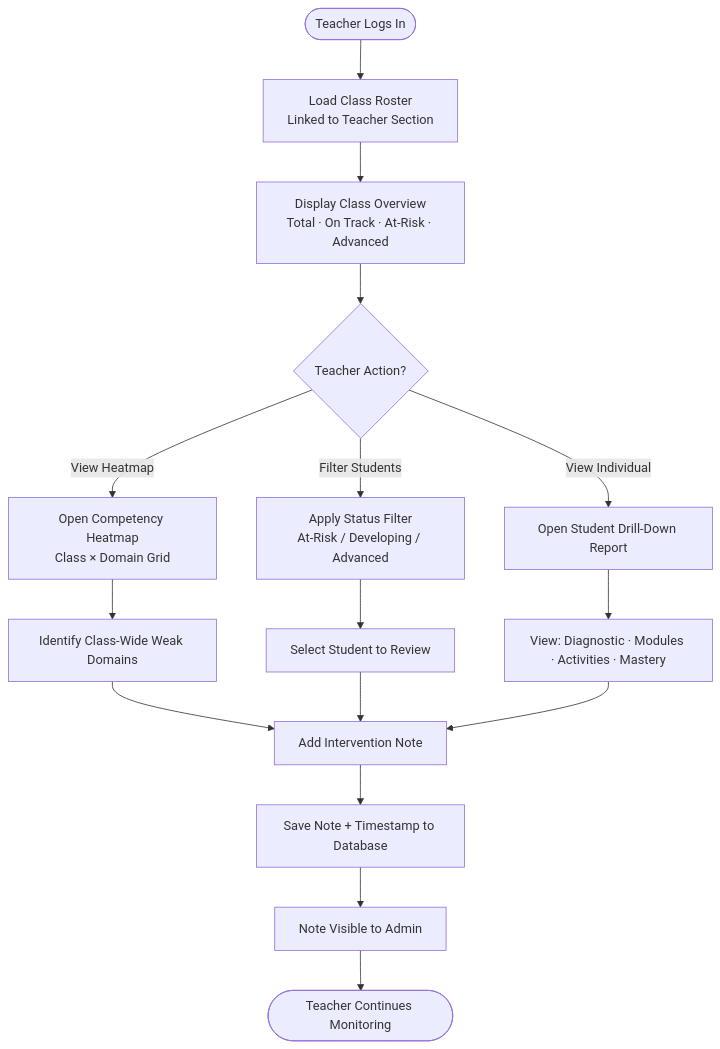
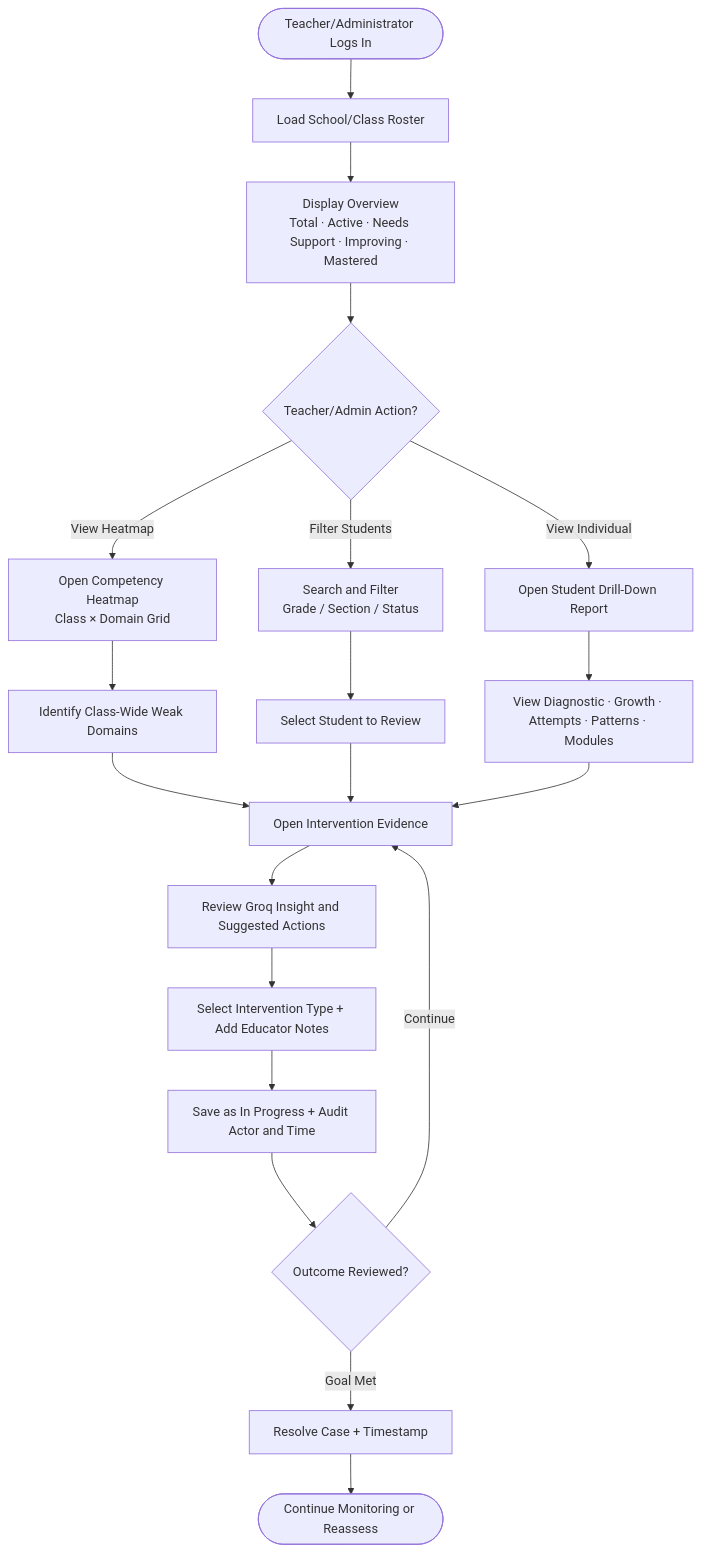
The eighth of 12 diagrams in docs/DIAGRAMS.md (MathSmart-Systems/MathSmart-AI-Powered-Interactice-Learning-System), drawn with Mermaid before and after one commit. The commit also changed other lines of this file and 108 other files, not shown here.

````diff
--- a/docs/DIAGRAMS.md
+++ b/docs/DIAGRAMS.md
@@ -191,16 +244,20 @@
 ```mermaid
 flowchart TD
-    A([Teacher Logs In]) --> B[Load Class Roster\nLinked to Teacher Section]
-    B --> C[Display Class Overview\nTotal · On Track · At-Risk · Advanced]
-    C --> D{Teacher Action?}
+    A([Teacher/Administrator Logs In]) --> B[Load School/Class Roster]
+    B --> C[Display Overview\nTotal · Active · Needs Support · Improving · Mastered]
+    C --> D{Teacher/Admin Action?}
     D -->|View Heatmap| E[Open Competency Heatmap\nClass × Domain Grid]
-    D -->|Filter Students| F[Apply Status Filter\nAt-Risk / Developing / Advanced]
+    D -->|Filter Students| F[Search and Filter\nGrade / Section / Status]
     D -->|View Individual| G[Open Student Drill-Down Report]
     E --> H[Identify Class-Wide Weak Domains]
     F --> I[Select Student to Review]
-    G --> J[View: Diagnostic · Modules · Activities · Mastery]
-    H & I & J --> K[Add Intervention Note]
-    K --> L[Save Note + Timestamp to Database]
-    L --> M[Note Visible to Admin]
-    M --> N([Teacher Continues Monitoring])
+    G --> J[View Diagnostic · Growth · Attempts · Patterns · Modules]
+    H & I & J --> K[Open Intervention Evidence]
+    K --> L[Review Groq Insight and Suggested Actions]
+    L --> M[Select Intervention Type + Add Educator Notes]
+    M --> N[Save as In Progress + Audit Actor and Time]
+    N --> O{Outcome Reviewed?}
+    O -->|Continue| K
+    O -->|Goal Met| P[Resolve Case + Timestamp]
+    P --> Q([Continue Monitoring or Reassess])
 ```
````
